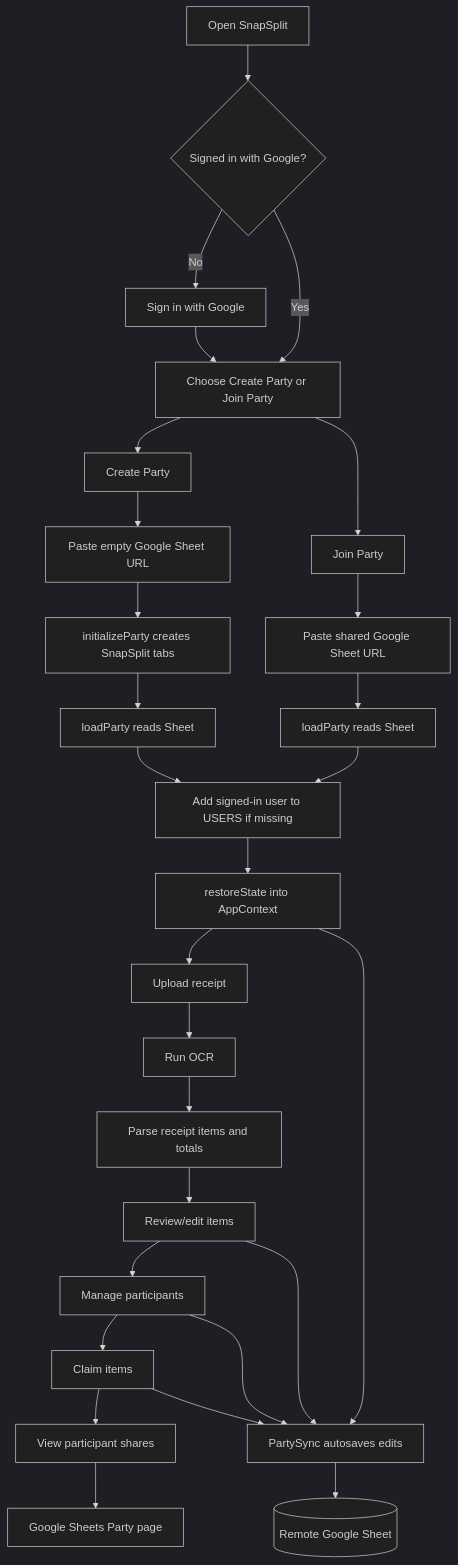
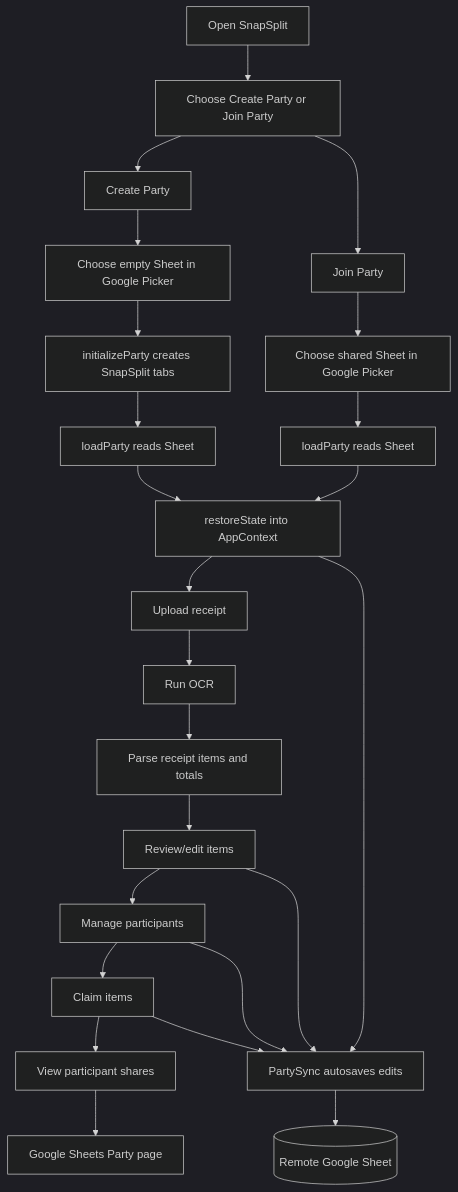
The second of 7 diagrams in docs/APP_DOCUMENTATION.md (Karthik-29/SnapSplit), drawn with Mermaid (dark theme) before and after one commit. The commit also changed other lines of this file and 4 other files, not shown here.

````diff
--- a/docs/APP_DOCUMENTATION.md
+++ b/docs/APP_DOCUMENTATION.md
@@ -33,35 +33,31 @@
 ```mermaid
 flowchart TD
-  Start[Open SnapSplit] --> SignedIn{Signed in with Google?}
-  SignedIn -- No --> GoogleSignIn[Sign in with Google]
-  GoogleSignIn --> PartyChoice
-  SignedIn -- Yes --> PartyChoice[Choose Create Party or Join Party]
+  Start[Open SnapSplit] --> PartyChoice[Choose Create Party or Join Party]
 
   PartyChoice --> Create[Create Party]
   PartyChoice --> Join[Join Party]
 
-  Create --> PasteEmptySheet[Paste empty Google Sheet URL]
-  PasteEmptySheet --> InitSheet[initializeParty creates SnapSplit tabs]
+  Create --> PickEmptySheet[Choose empty Sheet in Google Picker]
+  PickEmptySheet --> InitSheet[initializeParty creates SnapSplit tabs]
   InitSheet --> LoadCreated[loadParty reads Sheet]
 
-  Join --> PasteSharedSheet[Paste shared Google Sheet URL]
-  PasteSharedSheet --> LoadJoined[loadParty reads Sheet]
+  Join --> PickSharedSheet[Choose shared Sheet in Google Picker]
+  PickSharedSheet --> LoadJoined[loadParty reads Sheet]
 
-  LoadCreated --> AddUser[Add signed-in user to USERS if missing]
-  LoadJoined --> AddUser
-  AddUser --> RestoreState[restoreState into AppContext]
+  LoadCreated --> RestoreState[restoreState into AppContext]
+  LoadJoined --> RestoreState
   RestoreState --> Upload[Upload receipt]
   Upload --> OCR[Run OCR]
   OCR --> Parse[Parse receipt items and totals]
   Parse --> Review[Review/edit items]
   Review --> Participants[Manage participants]
   Participants --> Claims[Claim items]
   Claims --> Settlement[View participant shares]
   Settlement --> Export[Google Sheets Party page]
 
   RestoreState --> AutoSync[PartySync autosaves edits]
   Review --> AutoSync
   Participants --> AutoSync
   Claims --> AutoSync
   AutoSync --> RemoteSheet[(Remote Google Sheet)]
 ```
````
